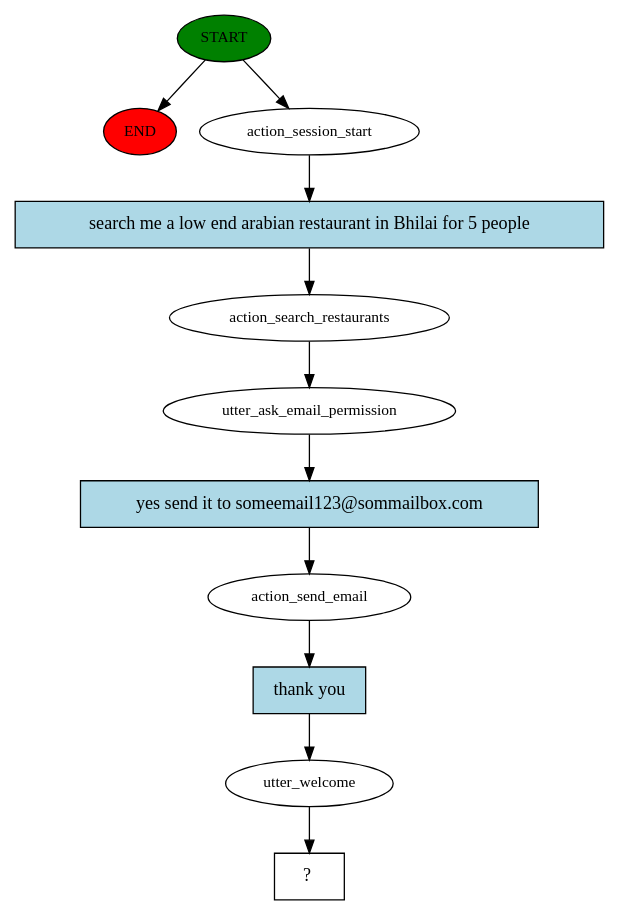
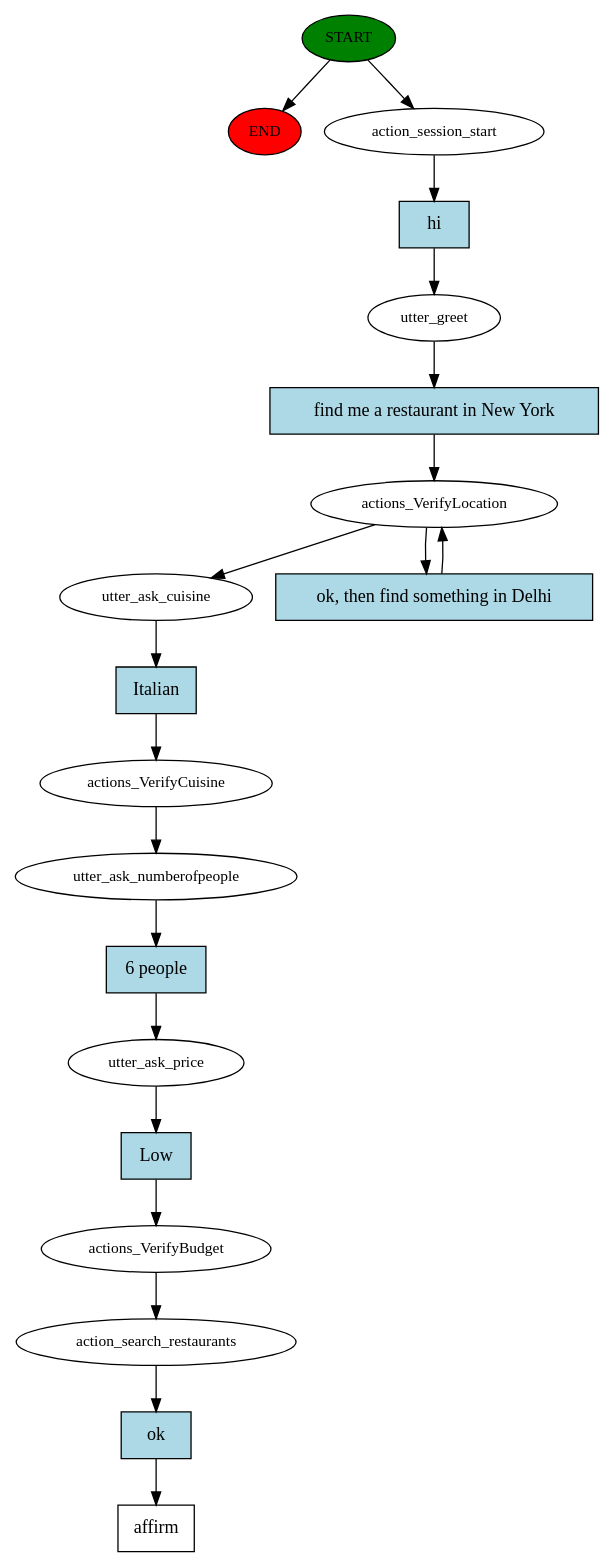
Before and after one commit to 4nshuman/Foodie_chatbot: the diagram in story_graph.dot, drawn with Graphviz. The commit also changed 7 other files, not shown here.

```diff
--- a/story_graph.dot
+++ b/story_graph.dot
@@ -1,23 +1,40 @@
 digraph  {
 0 [class="start active", fillcolor=green, fontsize=12, label=START, style=filled];
 "-1" [class=end, fillcolor=red, fontsize=12, label=END, style=filled];
 1 [class=active, fontsize=12, label=action_session_start];
-2 [class=active, fontsize=12, label=action_search_restaurants];
-3 [class=active, fontsize=12, label=utter_ask_email_permission];
-4 [class=active, fontsize=12, label=action_send_email];
-5 [class=active, fontsize=12, label=utter_welcome];
-6 [class="intent dashed active", label="  ?  ", shape=rect];
-7 [class="intent active", fillcolor=lightblue, label="search me a low end arabian restaurant in Bhilai for 5 people", shape=rect, style=filled];
-8 [class="intent active", fillcolor=lightblue, label="yes send it to someemail123@sommailbox.com", shape=rect, style=filled];
-9 [class="intent active", fillcolor=lightblue, label="thank you", shape=rect, style=filled];
+2 [class=active, fontsize=12, label=utter_greet];
+3 [class=active, fontsize=12, label=actions_VerifyLocation];
+5 [class=active, fontsize=12, label=utter_ask_cuisine];
+6 [class=active, fontsize=12, label=actions_VerifyCuisine];
+7 [class=active, fontsize=12, label=utter_ask_numberofpeople];
+8 [class=active, fontsize=12, label=utter_ask_price];
+9 [class=active, fontsize=12, label=actions_VerifyBudget];
+10 [class=active, fontsize=12, label=action_search_restaurants];
+11 [class="intent dashed active", label=affirm, shape=rect];
+12 [class="intent active", fillcolor=lightblue, label=hi, shape=rect, style=filled];
+13 [class="intent active", fillcolor=lightblue, label="find me a restaurant in New York", shape=rect, style=filled];
+14 [class="intent active", fillcolor=lightblue, label="ok, then find something in Delhi", shape=rect, style=filled];
+15 [class="intent active", fillcolor=lightblue, label=Italian, shape=rect, style=filled];
+16 [class="intent active", fillcolor=lightblue, label="6 people", shape=rect, style=filled];
+17 [class="intent active", fillcolor=lightblue, label=Low, shape=rect, style=filled];
+18 [class="intent active", fillcolor=lightblue, label=ok, shape=rect, style=filled];
 0 -> "-1"  [class="", key=NONE, label=""];
 0 -> 1  [class=active, key=NONE, label=""];
-1 -> 7  [class=active, key=0];
-2 -> 3  [class=active, key=NONE, label=""];
-3 -> 8  [class=active, key=0];
-4 -> 9  [class=active, key=0];
-5 -> 6  [class=active, key=NONE, label=""];
-7 -> 2  [class=active, key=0];
-8 -> 4  [class=active, key=0];
-9 -> 5  [class=active, key=0];
+1 -> 12  [class=active, key=0];
+2 -> 13  [class=active, key=0];
+3 -> 5  [class=active, key=NONE, label=""];
+3 -> 14  [class=active, key=0];
+5 -> 15  [class=active, key=0];
+6 -> 7  [class=active, key=NONE, label=""];
+7 -> 16  [class=active, key=0];
+8 -> 17  [class=active, key=0];
+9 -> 10  [class=active, key=NONE, label=""];
+10 -> 18  [class=active, key=0];
+12 -> 2  [class=active, key=0];
+13 -> 3  [class=active, key=0];
+14 -> 3  [class=active, key=0];
+15 -> 6  [class=active, key=0];
+16 -> 8  [class=active, key=0];
+17 -> 9  [class=active, key=0];
+18 -> 11  [class=active, key=0];
 }
```
